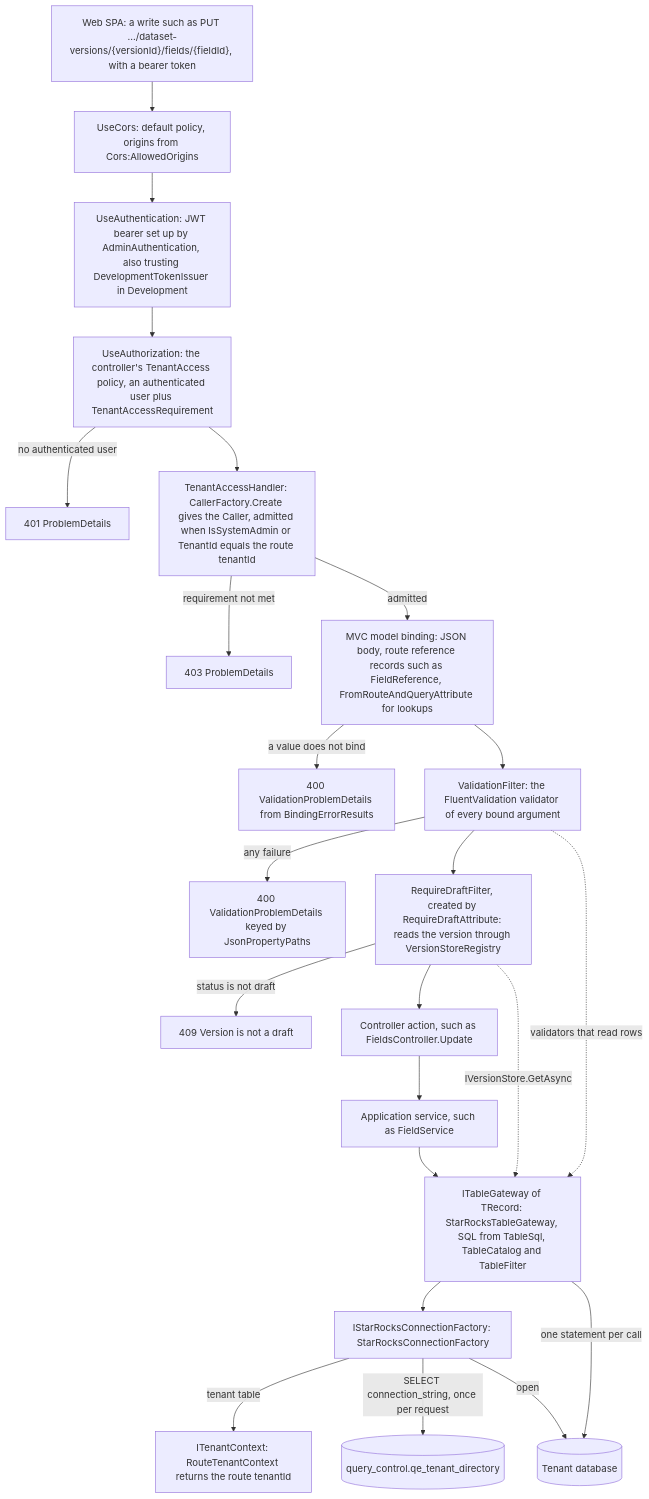
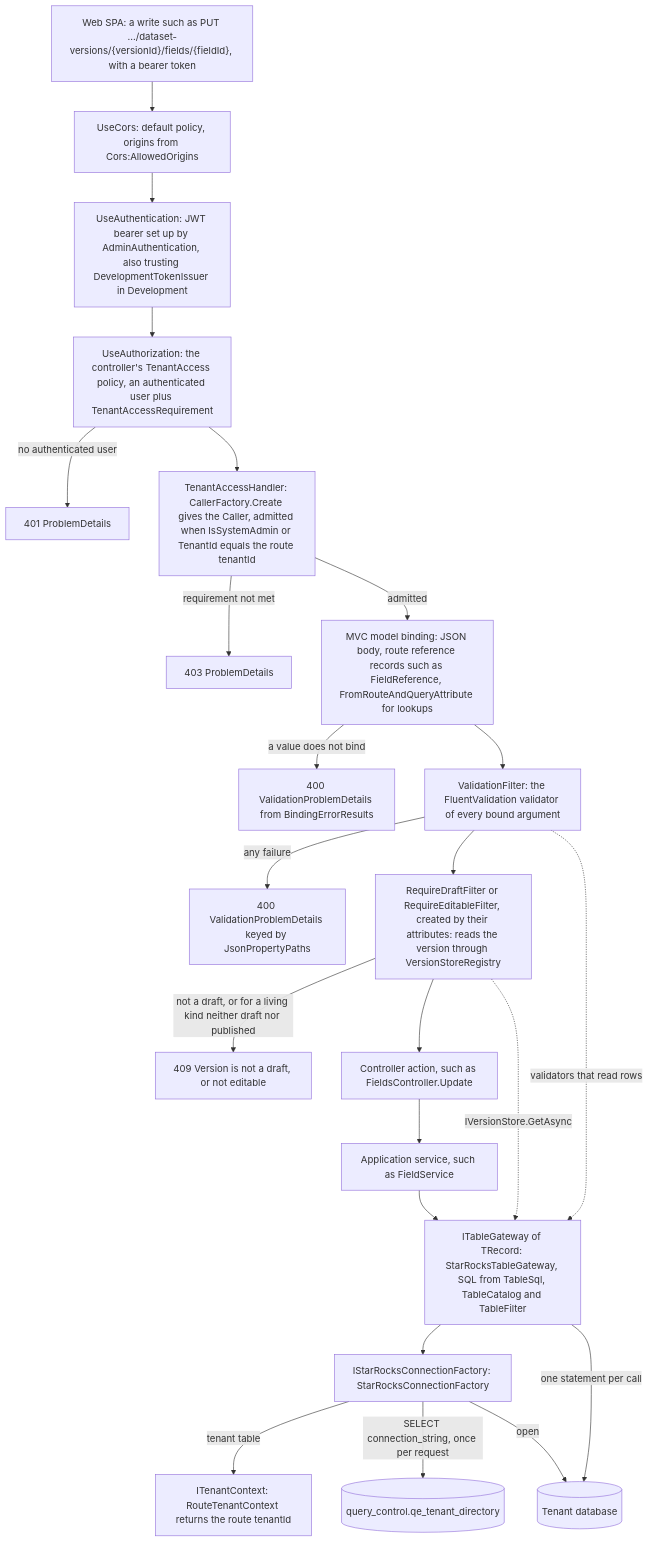
The first of 3 diagrams in api/docs/architecture/02-request-pipeline.md (chrisaliotta/Quantalytix.QueryEngine.Admin), drawn with Mermaid before and after one commit. The commit also changed other lines of this file and 390 other files, not shown here.

First line of the commit message:
feat: enhance API documentation and architecture for versioning and assumption sets

````diff
--- a/api/docs/architecture/02-request-pipeline.md
+++ b/api/docs/architecture/02-request-pipeline.md
@@ -9,43 +9,43 @@
 ```mermaid
 flowchart TB
     Spa["Web SPA: a write such as PUT .../dataset-versions/{versionId}/fields/{fieldId}, with a bearer token"]
     Cors["UseCors: default policy, origins from Cors:AllowedOrigins"]
     Authn["UseAuthentication: JWT bearer set up by AdminAuthentication, also trusting DevelopmentTokenIssuer in Development"]
     Authz["UseAuthorization: the controller's TenantAccess policy, an authenticated user plus TenantAccessRequirement"]
     Handler["TenantAccessHandler: CallerFactory.Create gives the Caller, admitted when IsSystemAdmin or TenantId equals the route tenantId"]
     Binding["MVC model binding: JSON body, route reference records such as FieldReference, FromRouteAndQueryAttribute for lookups"]
     Validation["ValidationFilter: the FluentValidation validator of every bound argument"]
-    Draft["RequireDraftFilter, created by RequireDraftAttribute: reads the version through VersionStoreRegistry"]
+    Draft["RequireDraftFilter or RequireEditableFilter, created by their attributes: reads the version through VersionStoreRegistry"]
     Action["Controller action, such as FieldsController.Update"]
     Service["Application service, such as FieldService"]
     Gateway["ITableGateway of TRecord: StarRocksTableGateway, SQL from TableSql, TableCatalog and TableFilter"]
     Factory["IStarRocksConnectionFactory: StarRocksConnectionFactory"]
     TenantCtx["ITenantContext: RouteTenantContext returns the route tenantId"]
     Directory[("query_control.qe_tenant_directory")]
     TenantDb[("Tenant database")]
     E401["401 ProblemDetails"]
     E403["403 ProblemDetails"]
     E400Bind["400 ValidationProblemDetails from BindingErrorResults"]
     E400Valid["400 ValidationProblemDetails keyed by JsonPropertyPaths"]
-    E409["409 Version is not a draft"]
+    E409["409 Version is not a draft, or not editable"]
     Spa --> Cors --> Authn --> Authz
     Authz -->|"no authenticated user"| E401
     Authz --> Handler
     Handler -->|"requirement not met"| E403
     Handler -->|"admitted"| Binding
     Binding -->|"a value does not bind"| E400Bind
     Binding --> Validation
     Validation -->|"any failure"| E400Valid
     Validation --> Draft
-    Draft -->|"status is not draft"| E409
+    Draft -->|"not a draft, or for a living kind neither draft nor published"| E409
     Draft --> Action
     Action --> Service
     Service --> Gateway
     Gateway --> Factory
     Factory -->|"tenant table"| TenantCtx
     Factory -->|"SELECT connection_string, once per request"| Directory
     Factory -->|"open"| TenantDb
     Gateway -->|"one statement per call"| TenantDb
     Validation -.->|"validators that read rows"| Gateway
     Draft -.->|"IVersionStore.GetAsync"| Gateway
 ```
````
